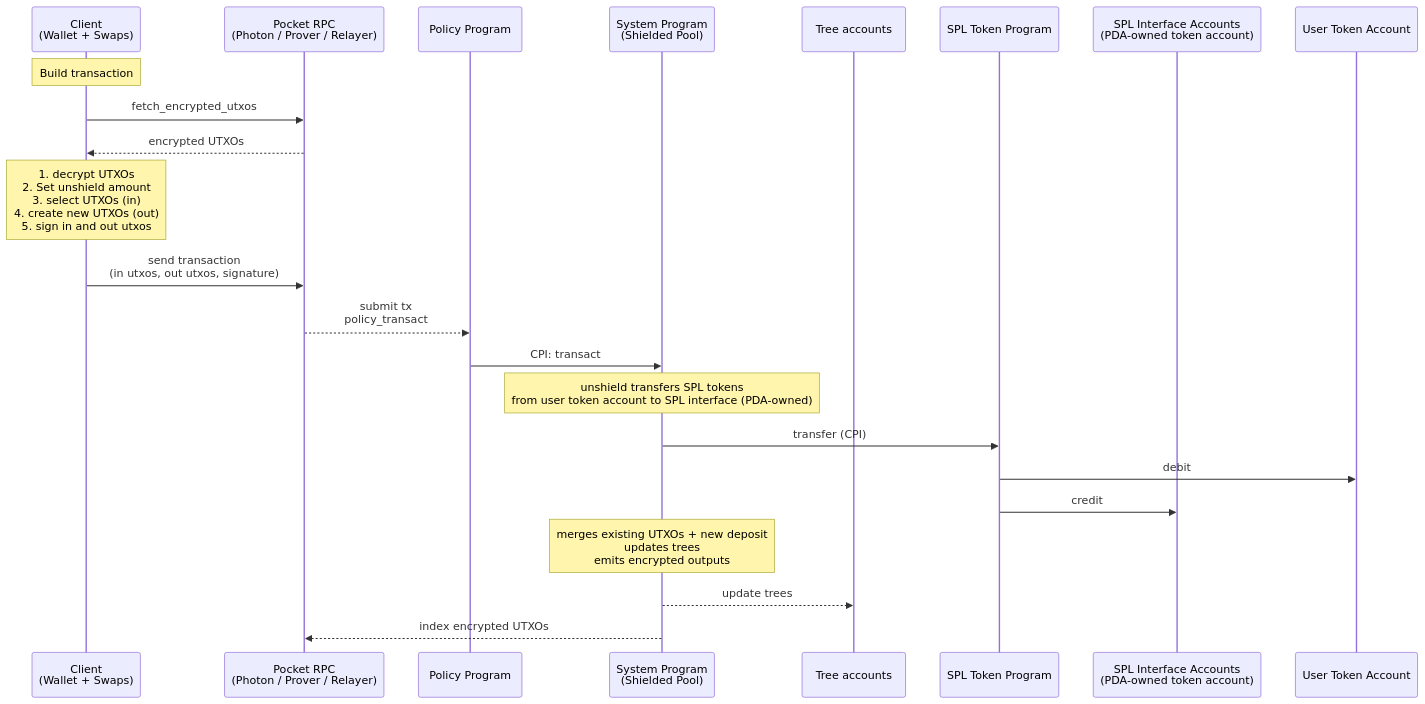
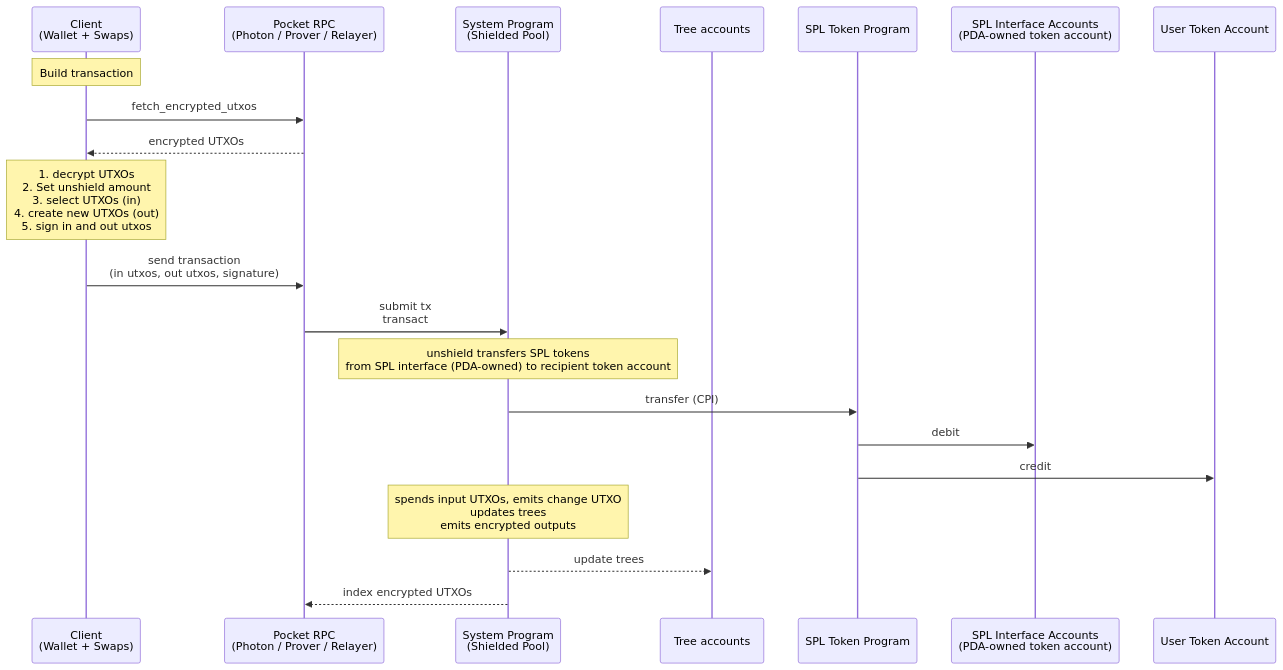
Before and after one commit to helius-labs/zolana: the fourth of 8 diagrams in docs/spec.md, drawn with Mermaid. The commit also changed other lines of this file and 7 other files, not shown here.

Commit message:
feat: add architecture diagram

````diff
--- a/docs/spec.md
+++ b/docs/spec.md
@@ -472,29 +423,27 @@
 ```mermaid
 sequenceDiagram
     participant Client as Client<br>(Wallet + Swaps)
     participant PocketRPC as Pocket RPC<br>(Photon / Prover / Relayer)
-    participant Policy as Policy Program
     participant System as System Program<br>(Shielded Pool)
     participant Trees as Tree accounts
     participant Token as SPL Token Program
     participant SplInterface as SPL Interface Accounts<br>(PDA-owned token account)
     participant UserToken as User Token Account
 
     Note over Client: Build transaction
     Client->>PocketRPC: fetch_encrypted_utxos
     PocketRPC-->>Client: encrypted UTXOs
     Note over Client: 1. decrypt UTXOs <br> 2. Set unshield amount <br> 3. select UTXOs (in) <br> 4. create new UTXOs (out) <br> 5. sign in and out utxos
 
-	  Client->>PocketRPC: send transaction <br>(in utxos, out utxos, signature)
-    PocketRPC-->>Policy: submit tx<br>policy_transact
-    Policy->>System: CPI: transact
+    Client->>PocketRPC: send transaction <br>(in utxos, out utxos, signature)
+    PocketRPC->>System: submit tx<br>transact
 
-    Note over System: unshield transfers SPL tokens<br>from user token account to SPL interface (PDA-owned)
+    Note over System: unshield transfers SPL tokens<br>from SPL interface (PDA-owned) to recipient token account
     System->>Token: transfer (CPI)
-    Token->>UserToken: debit
-    Token->>SplInterface: credit
+    Token->>SplInterface: debit
+    Token->>UserToken: credit
 
-    Note over System: merges existing UTXOs + new deposit<br>updates trees<br>emits encrypted outputs
+    Note over System: spends input UTXOs, emits change UTXO<br>updates trees<br>emits encrypted outputs
     System-->>Trees: update trees
     System-->>PocketRPC: index encrypted UTXOs
 ```
````
